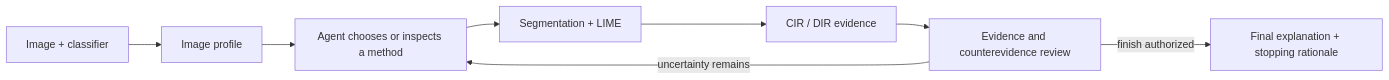
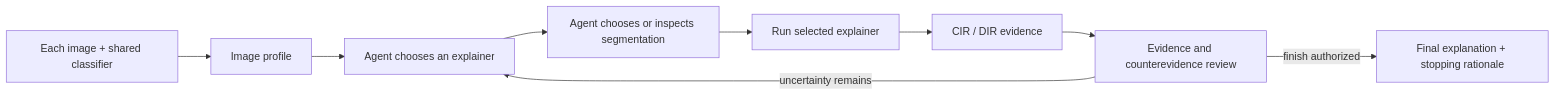
One commit to Seyi-Daniel/agentic-colorlime-xai changed the diagram in README.md. Above: the diagram before and after it, drawn with Mermaid. The commit also changed other lines of this file and 21 other files, not shown here.

Commit message:
Add independent multi-image runs and hierarchical LIME/SHAP explainer selection

````diff
--- a/README.md
+++ b/README.md
@@ -41,10 +42,11 @@
 ```mermaid
 flowchart LR
-    A["Image + classifier"] --> B["Image profile"]
-    B --> C["Agent chooses or inspects a method"]
-    C --> D["Segmentation + LIME"]
+    A["Each image + shared classifier"] --> B["Image profile"]
+    B --> C["Agent chooses an explainer"]
+    C --> S["Agent chooses or inspects segmentation"]
+    S --> D["Run selected explainer"]
     D --> E["CIR / DIR evidence"]
     E --> F["Evidence and counterevidence review"]
     F -->|"uncertainty remains"| C
     F -->|"finish authorized"| G["Final explanation + stopping rationale"]
 ```
````
